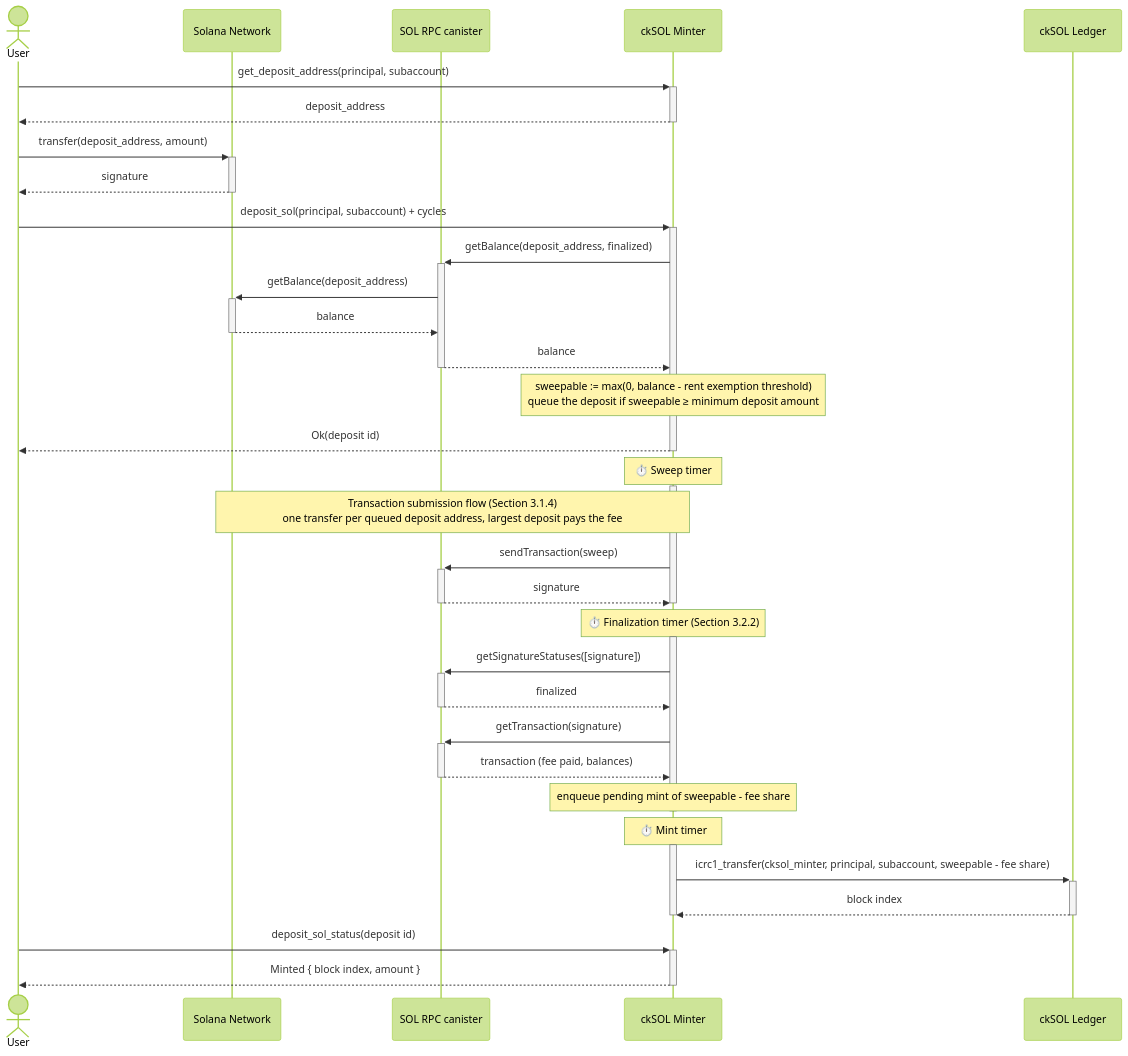
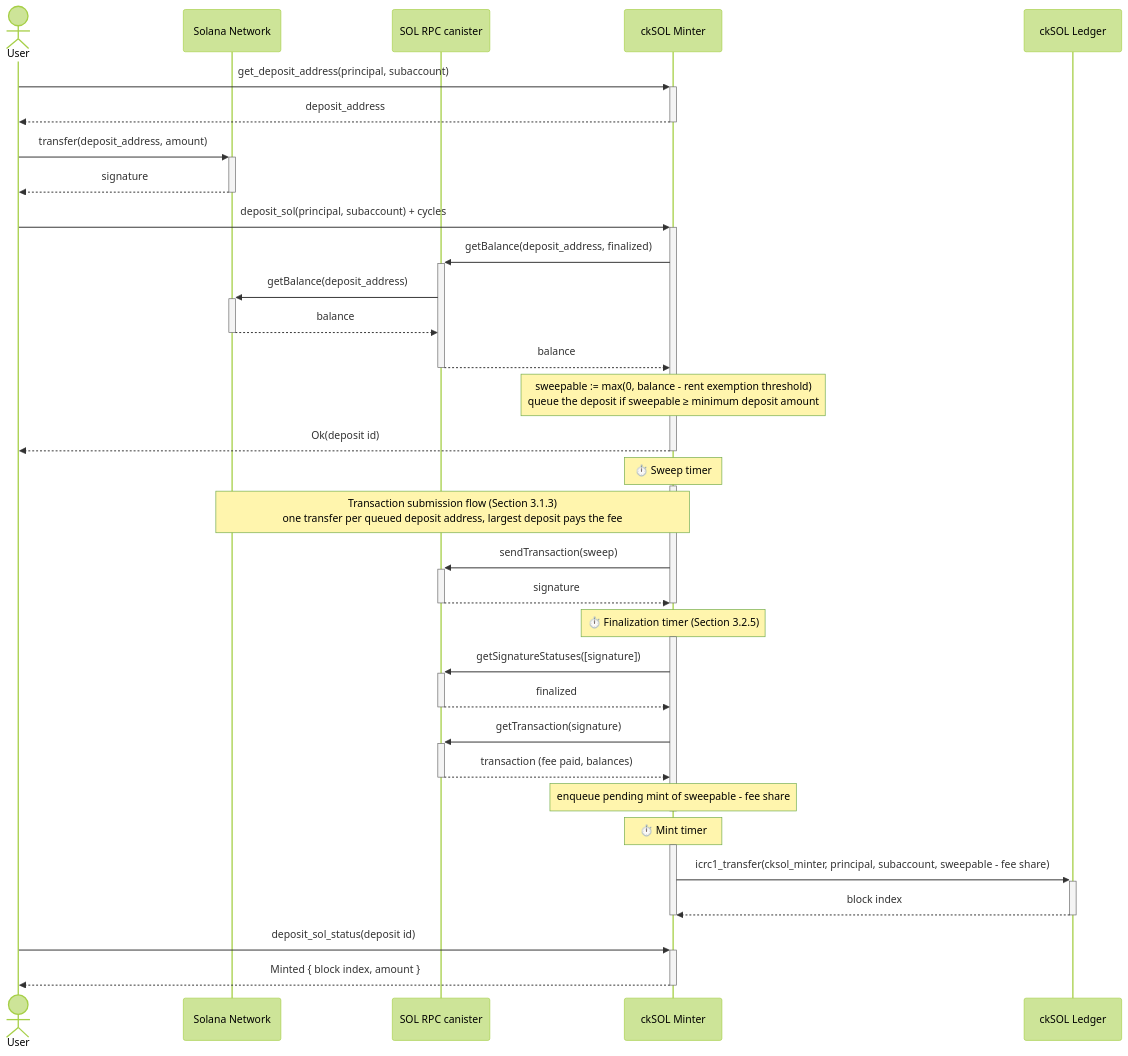
The third of 8 diagrams in docs/design.md (dfinity/cksol), drawn with Mermaid (forest theme) before and after one commit. The commit also changed other lines of this file and 1 other file, not shown here.

First line of the commit message:
docs: name the transaction submission flow and correct the stale sections (#251)

````diff
--- a/docs/design.md
+++ b/docs/design.md
@@ -329,45 +196,45 @@
 ```mermaid
 sequenceDiagram
     actor User
     participant Solana as Solana Network
     participant RPC as SOL RPC canister
     participant Minter as ckSOL Minter
     participant Ledger as ckSOL Ledger
 
     User->>+Minter: get_deposit_address(principal, subaccount)
     Minter-->>-User: deposit_address
     User->>+Solana: transfer(deposit_address, amount)
     Solana-->>-User: signature
     User->>+Minter: deposit_sol(principal, subaccount) + cycles
     Minter->>+RPC: getBalance(deposit_address, finalized)
     RPC->>+Solana: getBalance(deposit_address)
     Solana-->>-RPC: balance
     RPC-->>-Minter: balance
     Note over Minter: sweepable := max(0, balance - rent exemption threshold)<br/>queue the deposit if sweepable ≥ minimum deposit amount
     Minter-->>-User: Ok(deposit id)
 
     Note over Minter: ⏱️ Sweep timer
     activate Minter
-    Note over Solana,Minter: Transaction submission flow (Section 3.1.4)<br/>one transfer per queued deposit address, largest deposit pays the fee
+    Note over Solana,Minter: Transaction submission flow (Section 3.1.3)<br/>one transfer per queued deposit address, largest deposit pays the fee
     Minter->>+RPC: sendTransaction(sweep)
     RPC-->>-Minter: signature
     deactivate Minter
 
-    Note over Minter: ⏱️ Finalization timer (Section 3.2.2)
+    Note over Minter: ⏱️ Finalization timer (Section 3.2.5)
     activate Minter
     Minter->>+RPC: getSignatureStatuses([signature])
     RPC-->>-Minter: finalized
     Minter->>+RPC: getTransaction(signature)
     RPC-->>-Minter: transaction (fee paid, balances)
     Note over Minter: enqueue pending mint of sweepable - fee share
     deactivate Minter
 
     Note over Minter: ⏱️ Mint timer
     activate Minter
     Minter->>+Ledger: icrc1_transfer(cksol_minter, principal, subaccount, sweepable - fee share)
     Ledger-->>-Minter: block index
     deactivate Minter
 
     User->>+Minter: deposit_sol_status(deposit id)
     Minter-->>-User: Minted { block index, amount }
 ```
````
